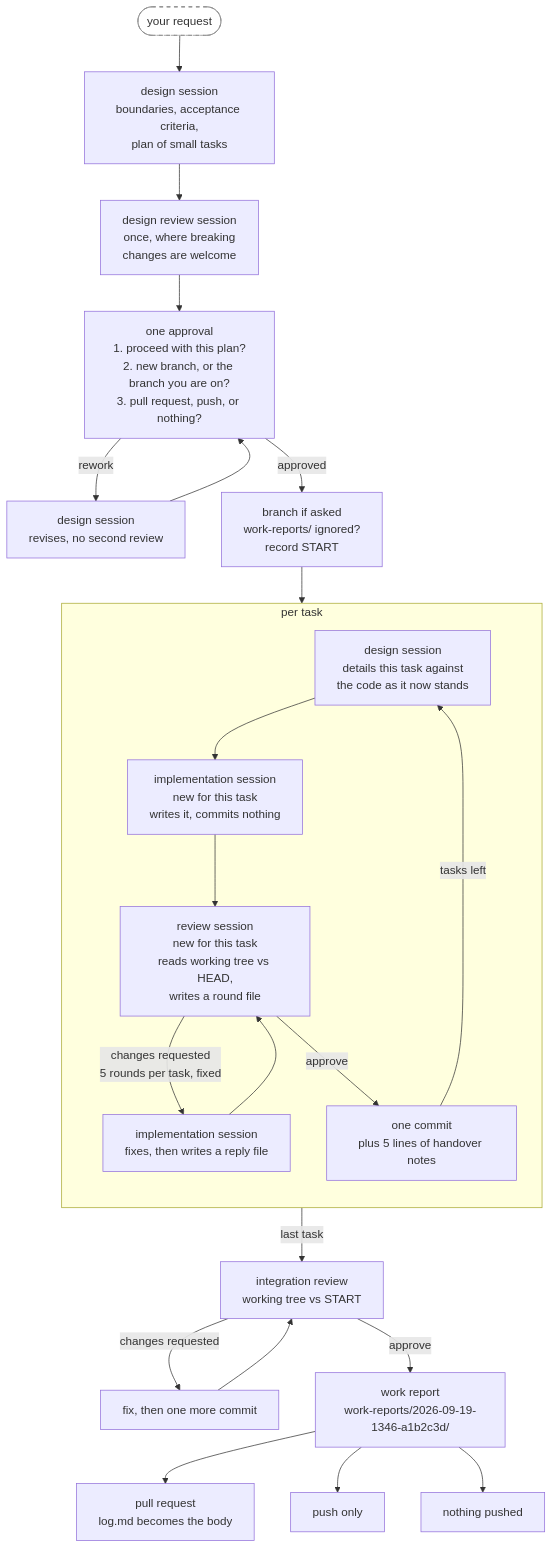
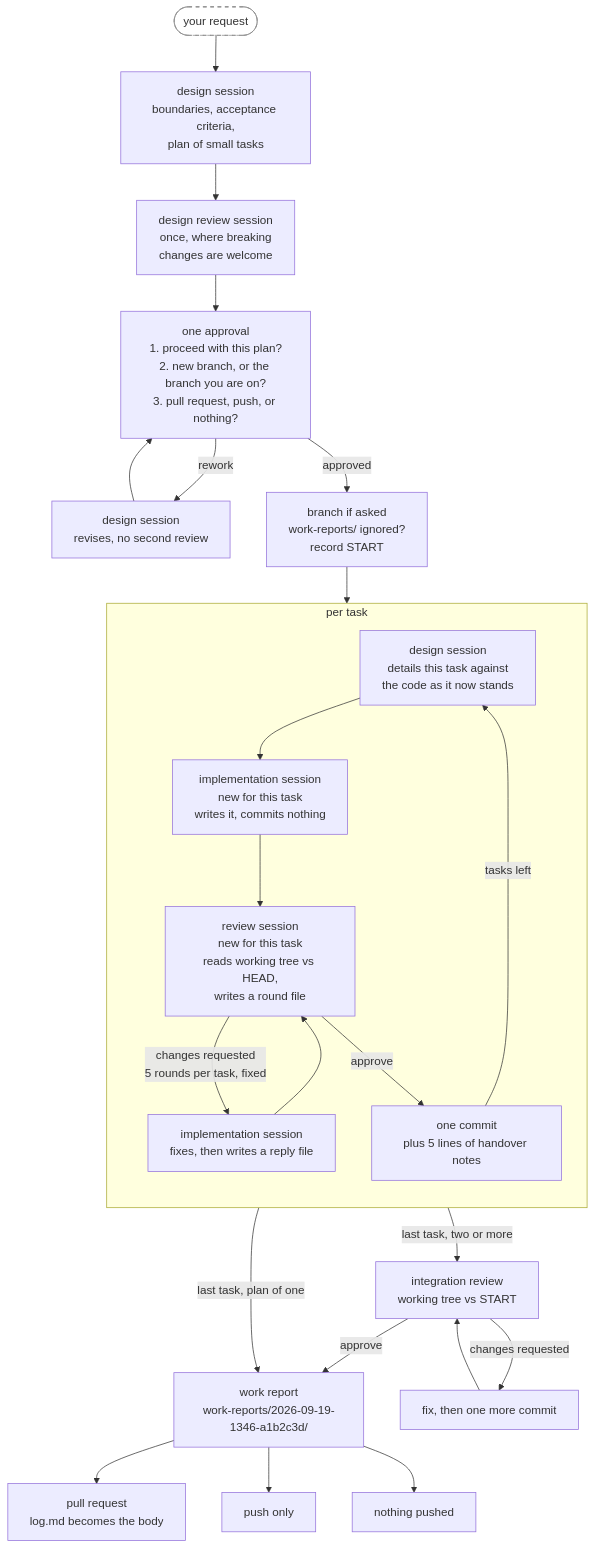
One commit to annetaan/claude-plugins changed the first of 3 diagrams in plugins/annetaan/README.md. Above: the diagram before and after it, drawn with Mermaid. The commit also changed other lines of this file and 10 other files, not shown here.

First line of the commit message:
feat: move pj-3-running's fixed steps into scripts/run.sh, and skip the integration review on one-task plans (#16)

````diff
--- a/plugins/annetaan/README.md
+++ b/plugins/annetaan/README.md
@@ -37,33 +37,34 @@
 ```mermaid
 flowchart TD
     req(["your request"]) --> design["design session<br/>boundaries, acceptance criteria,<br/>plan of small tasks"]
     design --> dreview["design review session<br/>once, where breaking<br/>changes are welcome"] --> ask["one approval<br/>1. proceed with this plan?<br/>2. new branch, or the branch you are on?<br/>3. pull request, push, or nothing?"]
     ask -->|rework| redo["design session<br/>revises, no second review"] --> ask
     ask -->|approved| setup["branch if asked<br/>work-reports/ ignored?<br/>record START"]
     setup --> detail
 
     subgraph task["per task"]
         direction TB
         detail["design session<br/>details this task against<br/>the code as it now stands"]
         impl["implementation session<br/>new for this task<br/>writes it, commits nothing"]
         review["review session<br/>new for this task<br/>reads working tree vs HEAD,<br/>writes a round file"]
         respond["implementation session<br/>fixes, then writes a reply file"]
         commit["one commit<br/>plus 5 lines of handover notes"]
         detail --> impl --> review
         review -->|"changes requested<br/>5 rounds per task, fixed"| respond
         respond --> review
         review -->|approve| commit
         commit -->|tasks left| detail
     end
 
-    commit -->|last task| integ["integration review<br/>working tree vs START"]
+    commit -->|"last task, two or more"| integ["integration review<br/>working tree vs START"]
+    commit -->|"last task, plan of one"| report
     integ -->|changes requested| integfix["fix, then one more commit"]
     integfix --> integ
     integ -->|approve| report["work report<br/>work-reports/2026-09-19-1346-a1b2c3d/"]
     report --> pr["pull request<br/>log.md becomes the body"]
     report --> push["push only"]
     report --> local["nothing pushed"]
 
     classDef human fill:#fff,stroke:#888,stroke-dasharray: 5 5
     class req human
 ```
````
